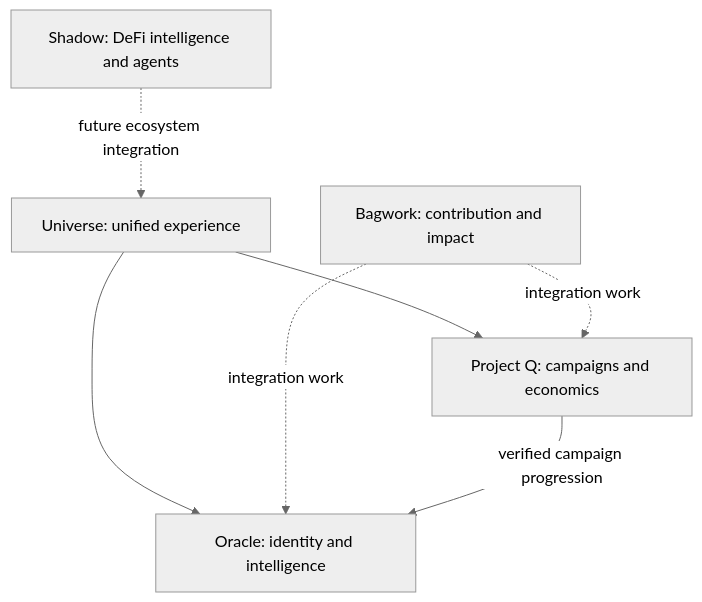
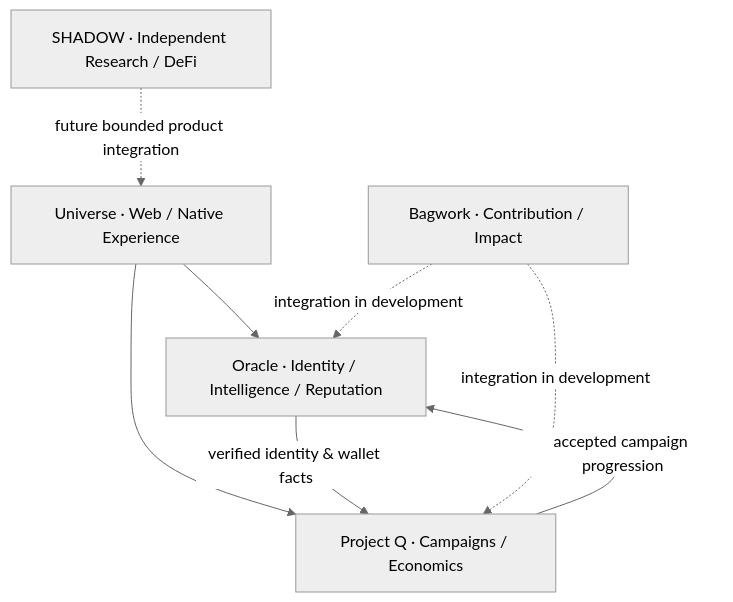
Before and after one commit to darealrektrush/darealrektrush: the diagram in README.md, drawn with Mermaid (neutral theme). The commit also changed other lines of this file, not shown here.

````diff
--- a/README.md
+++ b/README.md
@@ -57,9 +51,10 @@
 ```mermaid
 flowchart TD
-    U["Universe: unified experience"] --> O["Oracle: identity and intelligence"]
-    U --> Q["Project Q: campaigns and economics"]
-    B["Bagwork: contribution and impact"] -. "integration work" .-> O
-    B -. "integration work" .-> Q
-    Q -->|"verified campaign progression"| O
-    S["Shadow: DeFi intelligence and agents"] -. "future ecosystem integration" .-> U
+    U["Universe · Web / Native Experience"] --> O["Oracle · Identity / Intelligence / Reputation"]
+    U --> Q["Project Q · Campaigns / Economics"]
+    O -->|"verified identity & wallet facts"| Q
+    Q -->|"accepted campaign progression"| O
+    B["Bagwork · Contribution / Impact"] -. "integration in development" .-> O
+    B -. "integration in development" .-> Q
+    S["SHADOW · Independent Research / DeFi"] -. "future bounded product integration" .-> U
 ```
````
